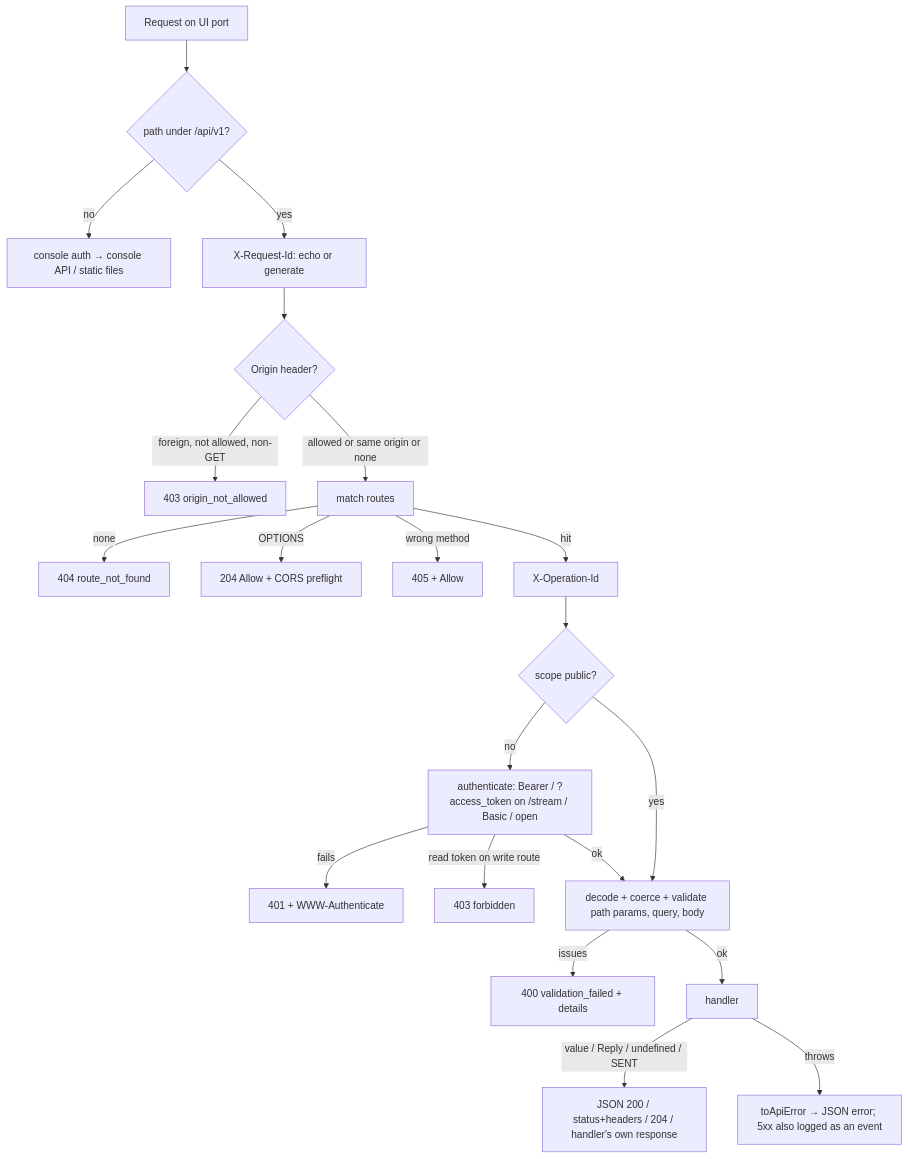
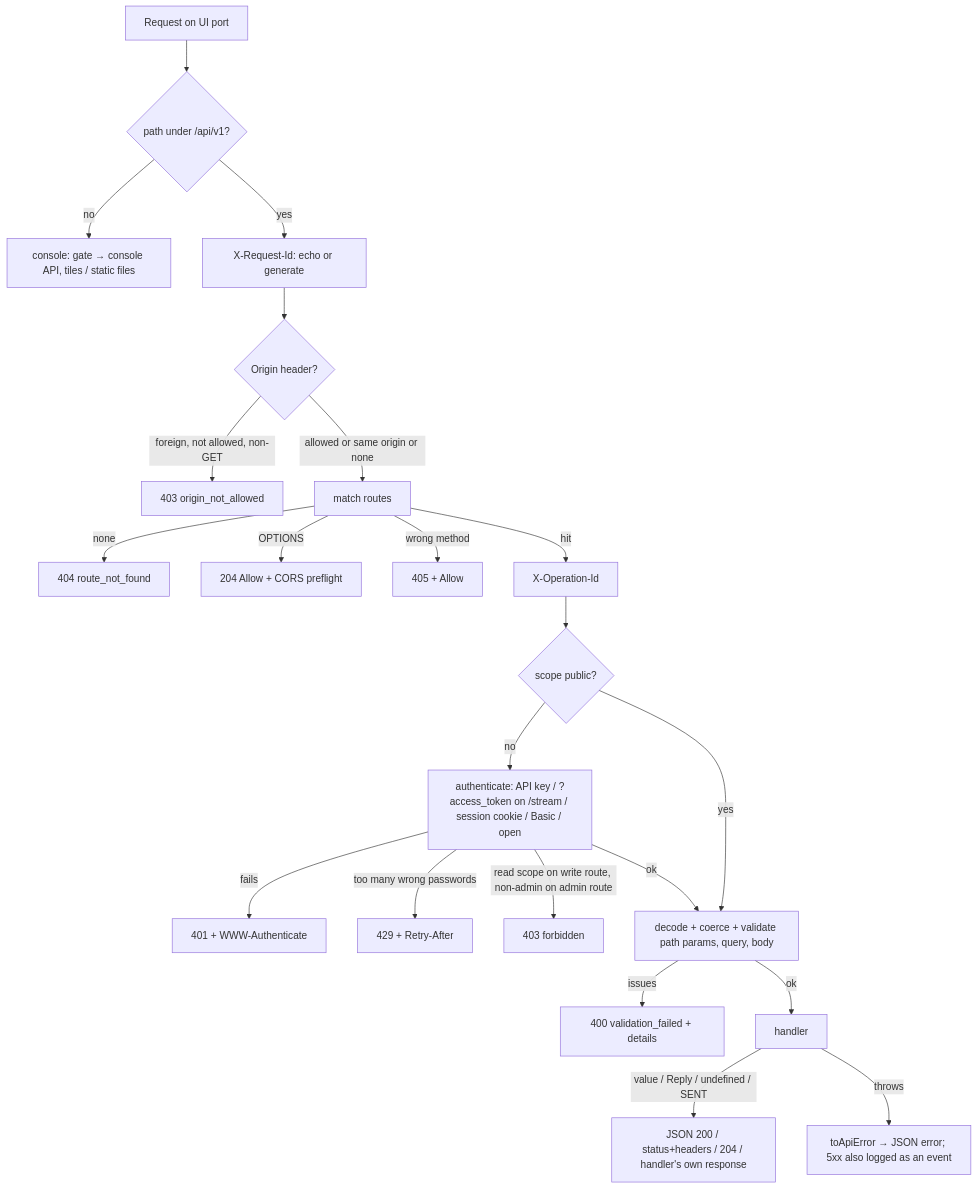
The diagram in docs/API-ARCHITECTURE.md (paulmataruso/SASBench), drawn with Mermaid before and after one commit. The commit also changed other lines of this file and 65 other files, not shown here.

````diff
--- a/docs/API-ARCHITECTURE.md
+++ b/docs/API-ARCHITECTURE.md
@@ -125,23 +130,24 @@
 ```mermaid
 flowchart TD
   A[Request on UI port] --> B{path under /api/v1?}
-  B -- no --> Z[console auth → console API / static files]
+  B -- no --> Z[console: gate → console API, tiles / static files]
   B -- yes --> C[X-Request-Id: echo or generate]
   C --> D{Origin header?}
   D -- foreign, not allowed, non-GET --> E1[403 origin_not_allowed]
   D -- allowed or same origin or none --> F[match routes]
   F -- none --> E2[404 route_not_found]
   F -- OPTIONS --> E3[204 Allow + CORS preflight]
   F -- wrong method --> E4[405 + Allow]
   F -- hit --> G[X-Operation-Id]
   G --> H{scope public?}
-  H -- no --> I[authenticate: Bearer / ?access_token on /stream / Basic / open]
+  H -- no --> I[authenticate: API key / ?access_token on /stream / session cookie / Basic / open]
   I -- fails --> E5[401 + WWW-Authenticate]
-  I -- read token on write route --> E6[403 forbidden]
+  I -- too many wrong passwords --> E8[429 + Retry-After]
+  I -- read scope on write route, non-admin on admin route --> E6[403 forbidden]
   H -- yes --> J
   I -- ok --> J[decode + coerce + validate path params, query, body]
   J -- issues --> E7[400 validation_failed + details]
   J -- ok --> K[handler]
   K -- value / Reply / undefined / SENT --> L[JSON 200 / status+headers / 204 / handler's own response]
   K -- throws --> M[toApiError → JSON error; 5xx also logged as an event]
 ```
````
